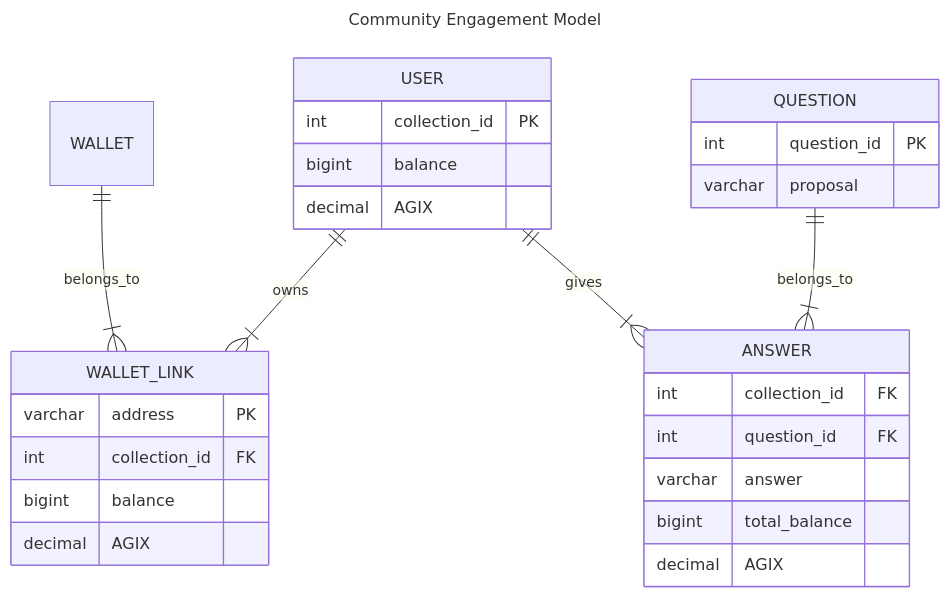
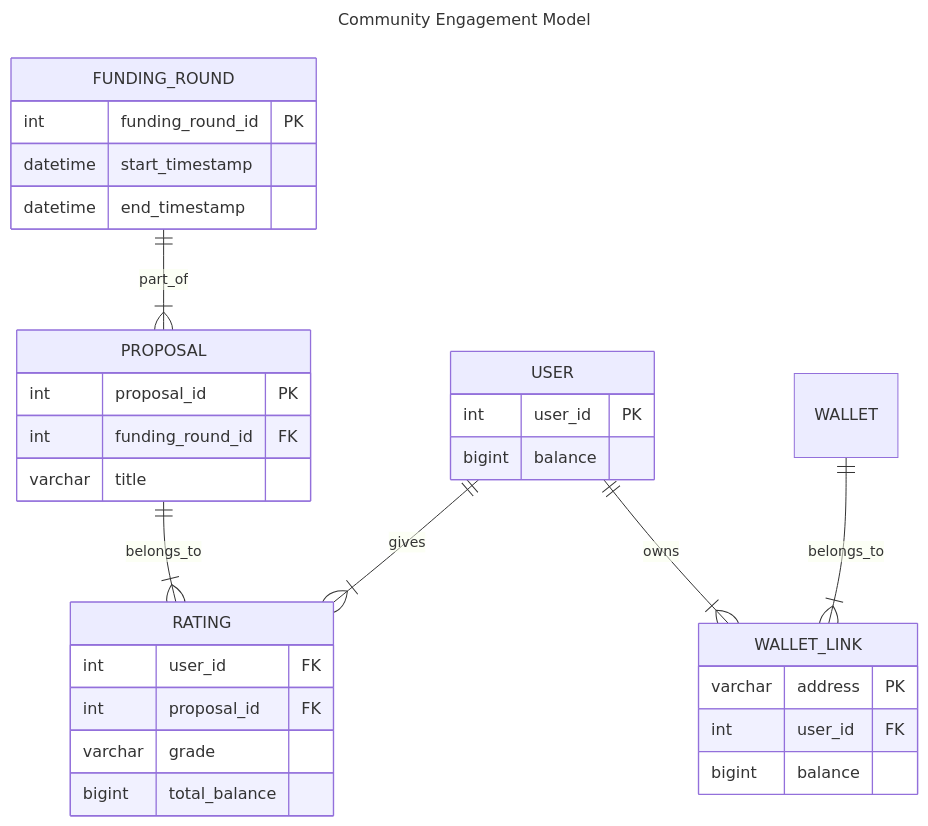
One commit to Photrek/Community-Governance changed the second of 2 diagrams in CES_MVP/README.md. Above: the diagram before and after it, drawn with Mermaid.

Commit message:
Add funding round to data model

````diff
--- a/CES_MVP/README.md
+++ b/CES_MVP/README.md
@@ -43,37 +43,42 @@
 ```mermaid
 ---
 title: Community Engagement Model
 ---
 erDiagram
 
-    USER {
-        int collection_id PK
-        bigint balance
-        decimal AGIX
+    FUNDING_ROUND {
+        int funding_round_id PK
+        datetime start_timestamp
+        datetime end_timestamp
     }
 
-    ANSWER {
-        int collection_id FK
-        int question_id FK
-        varchar answer
-        bigint total_balance
-        decimal AGIX
+    USER {
+        int user_id PK
+        bigint balance
     }
 
-    QUESTION {
-        int question_id PK
-        varchar proposal
+    RATING {
+        int user_id FK
+        int proposal_id FK
+        varchar grade
+        bigint total_balance
+    }
+
+    PROPOSAL {
+        int proposal_id PK
+        int funding_round_id FK
+        varchar title
     }
 
     WALLET_LINK {
         varchar address PK
-        int collection_id FK
+        int user_id FK
         bigint balance
-        decimal AGIX
     }
 
     WALLET ||--|{ WALLET_LINK : belongs_to
     USER ||--|{ WALLET_LINK : owns
-    USER ||--|{ ANSWER : gives
-    QUESTION  ||--|{ ANSWER : belongs_to
+    USER ||--|{ RATING : gives
+    PROPOSAL  ||--|{ RATING : belongs_to
+    FUNDING_ROUND ||--|{ PROPOSAL : part_of
 ```
````
